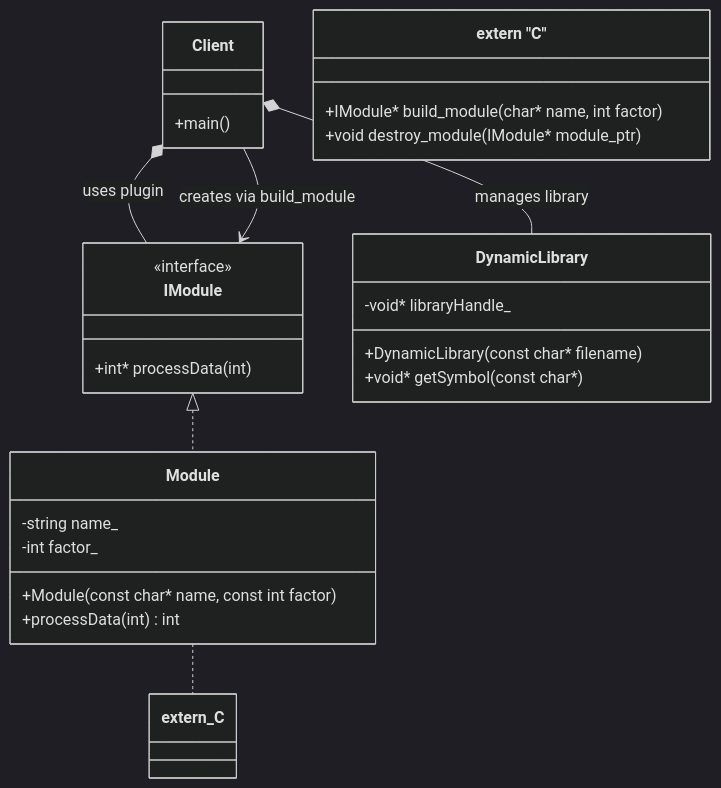
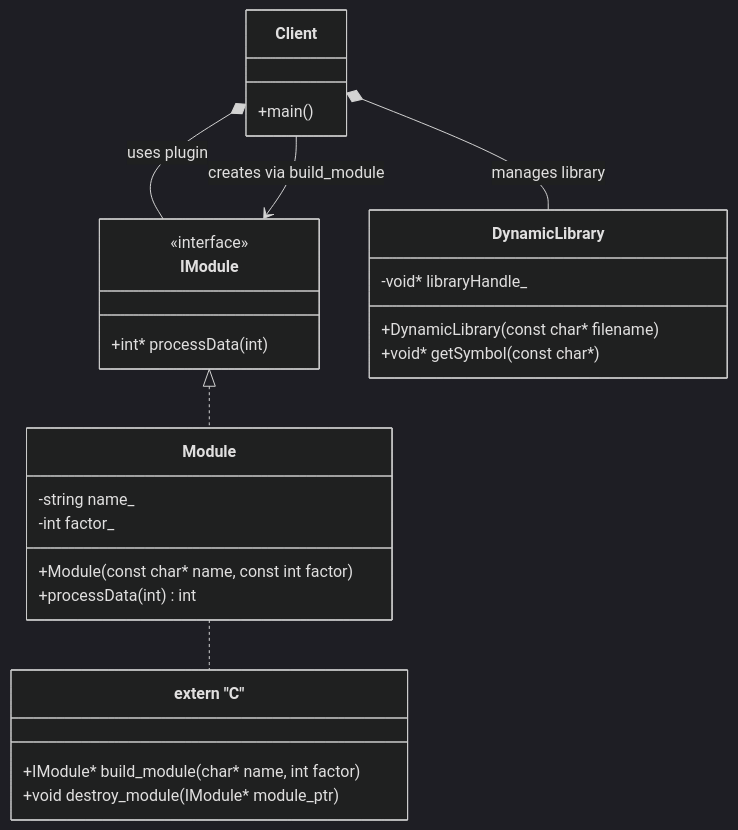
One commit to Cichlidfishexigency721/Modern-CPP-Design-Patterns changed the diagram in 17_ModuleLoader/README.md. Above: the diagram before and after it, drawn with Mermaid (dark theme). The commit also changed 1 other file, not shown here.

Commit message:
UML improvement

````diff
--- a/17_ModuleLoader/README.md
+++ b/17_ModuleLoader/README.md
@@ -113,44 +113,44 @@
 ```mermaid
 classDiagram
    class Client {
       +main()
    }
 
    class IModule {
       <<interface>>
       +int* processData(int)
    }
 
    class Module {
       -string name_
       -int factor_
       +Module(const char* name, const int factor)
       +processData(int) int
    }
 
    class DynamicLibrary {
       -void* libraryHandle_
       +DynamicLibrary(const char* filename)
       +void* getSymbol(const char*)
    }
 
    class `extern "C"` {
       +IModule* build_module(char* name, int factor)
       +void destroy_module(IModule* module_ptr)
    }
 
    %% Inheritance (Implements)
    IModule <|.. Module
 
    %% The Client owns the RAII wrapper for the library
    Client *-- DynamicLibrary : manages library
 
    %% The Client owns the module instance via unique_ptr
    Client *-- IModule : uses plugin
 
    %% The Client depends on the factory functions exported by the .so
    Client --> IModule : creates via build_module
 
    %%Module is managed via extern "C" funcions
-   Module .. extern_C
+   Module .. `extern "C"`
 ```
````
